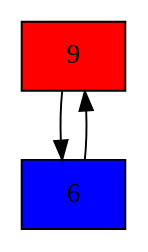
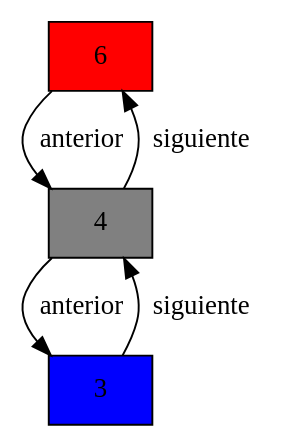
Before and after one commit to JoseTg1904/ConferenciaEDDLineales: the diagram in graficos/doble3.dot, drawn with Graphviz. The commit also changed 9 other files, not shown here.

```diff
--- a/graficos/doble3.dot
+++ b/graficos/doble3.dot
@@ -1,7 +1,10 @@
 digraph grafico{
 node [style = "filled" shape = "box"]
-"<clases.nodoDoble.NodoDoble object at 0x000001702EC75280>" [label = "9" fillcolor = "red"]
-"<clases.nodoDoble.NodoDoble object at 0x000001702EC75280>" -> "<clases.nodoDoble.NodoDoble object at 0x000001702EB27730>"
-"<clases.nodoDoble.NodoDoble object at 0x000001702EB27730>" [label = "6" fillcolor = "blue"]
-"<clases.nodoDoble.NodoDoble object at 0x000001702EB27730>" -> "<clases.nodoDoble.NodoDoble object at 0x000001702EC75280>"
+"<clases.nodoDoble.NodoDoble object at 0x7f5aebc9b190>" [label = "6" fillcolor = "red"]
+"<clases.nodoDoble.NodoDoble object at 0x7f5aebc9b190>" -> "<clases.nodoDoble.NodoDoble object at 0x7f5aebc780d0>" [label = "anterior"]
+"<clases.nodoDoble.NodoDoble object at 0x7f5aebc780d0>" [label = "4" fillcolor = "gray"]
+"<clases.nodoDoble.NodoDoble object at 0x7f5aebc780d0>" -> "<clases.nodoDoble.NodoDoble object at 0x7f5aebc9b220>" [label = "anterior"]
+"<clases.nodoDoble.NodoDoble object at 0x7f5aebc780d0>" -> "<clases.nodoDoble.NodoDoble object at 0x7f5aebc9b190>" [label = "siguiente"]
+"<clases.nodoDoble.NodoDoble object at 0x7f5aebc9b220>" [label = "3" fillcolor = "blue"]
+"<clases.nodoDoble.NodoDoble object at 0x7f5aebc9b220>" -> "<clases.nodoDoble.NodoDoble object at 0x7f5aebc780d0>" [label = "siguiente"]
 }
```
